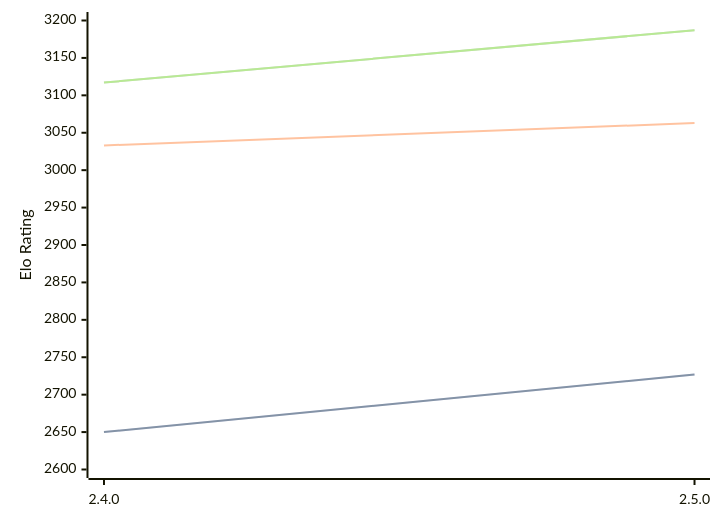
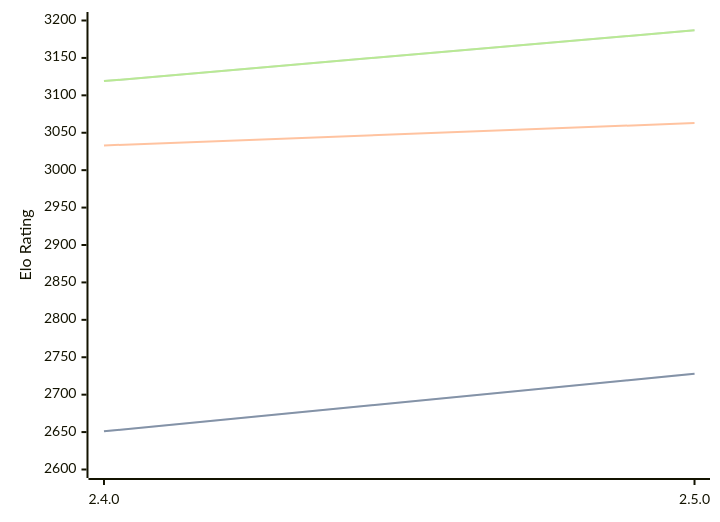
One commit to computer-chess-index/cci changed the diagram in engines/Sturddle2.md. Above: the diagram before and after it, drawn with Mermaid. The commit also changed other lines of this file, not shown here.

Commit message:
Update CCI Ratings (ELO VLTC) - 2026-03-28

````diff
--- a/engines/Sturddle2.md
+++ b/engines/Sturddle2.md
@@ -37,11 +37,11 @@
 ```mermaid
 %%{init: {"theme":"base","themeVariables":{"seriesColors:['#a3a3a3','#222221','#faa371']}}}%%
 xychart-beta
   x-axis ["2.4.0", "2.5.0"]
   y-axis "Elo Rating" 2600 --> 3200
-  line "STC (8.0+0.08s)" [2650, 2727]
-  line "STC (8.0+0.08s)" [2650, 2727]
+  line "STC (8.0+0.08s)" [2651, 2728]
+  line "STC (8.0+0.08s)" [2651, 2728]
   line "LTC (60.0+0.60s)" [3033, 3063]
-  line "VLTC (2m24s+1.12s)" [3117, 3187]
-  line "VLTC (2m24s+1.12s)" [3117, 3187]
+  line "VLTC (2m24s+1.12s)" [3119, 3187]
+  line "VLTC (2m24s+1.12s)" [3119, 3187]
 ```
````
